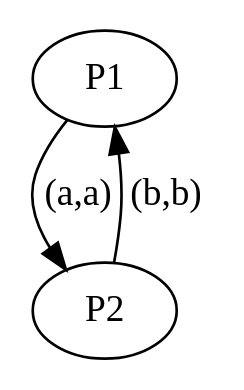
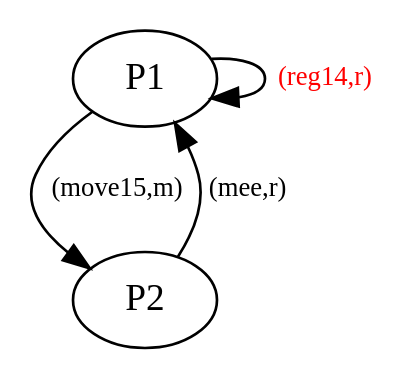
Before and after one commit to tdi/pyPEPA: the diagram in pepa_parser/dots/P1.dot, drawn with Graphviz. The commit also changed 3 other files, not shown here.

```diff
--- a/pepa_parser/dots/P1.dot
+++ b/pepa_parser/dots/P1.dot
@@ -1,4 +1,5 @@
 digraph P1{
-"P1" -> "P2" [label="(a,a)"]
-"P2" -> "P1" [label="(b,b)"]
+"P1" -> "P1" [label="(reg14,r)"                 fontsize=10, fontcolor=red]
+"P1" -> "P2" [label="(move15,m)" fontsize=10]
+"P2" -> "P1" [label="(mee,r)" fontsize=10]
 }
```
